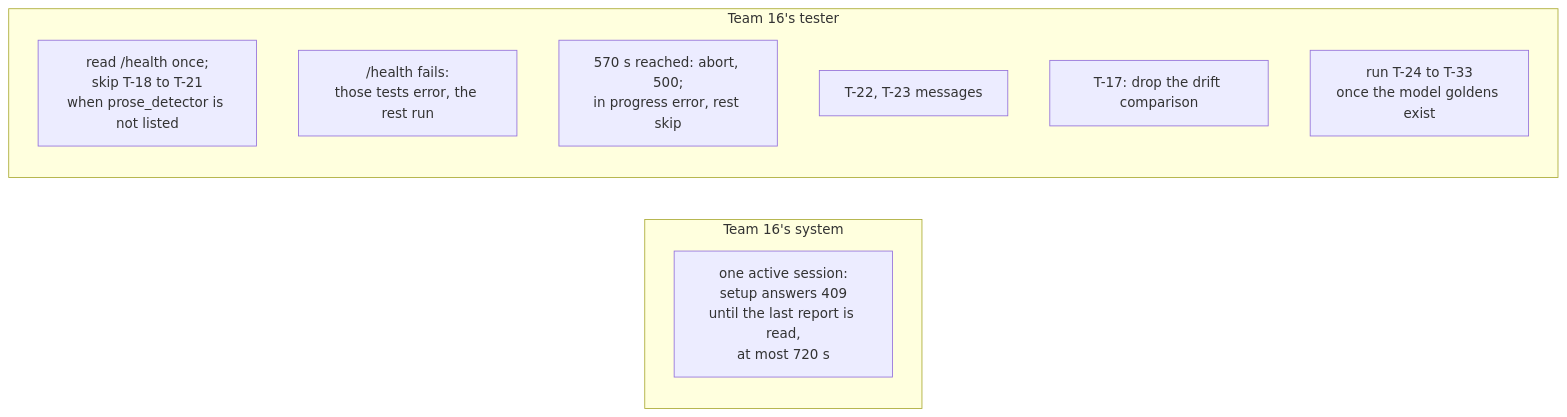
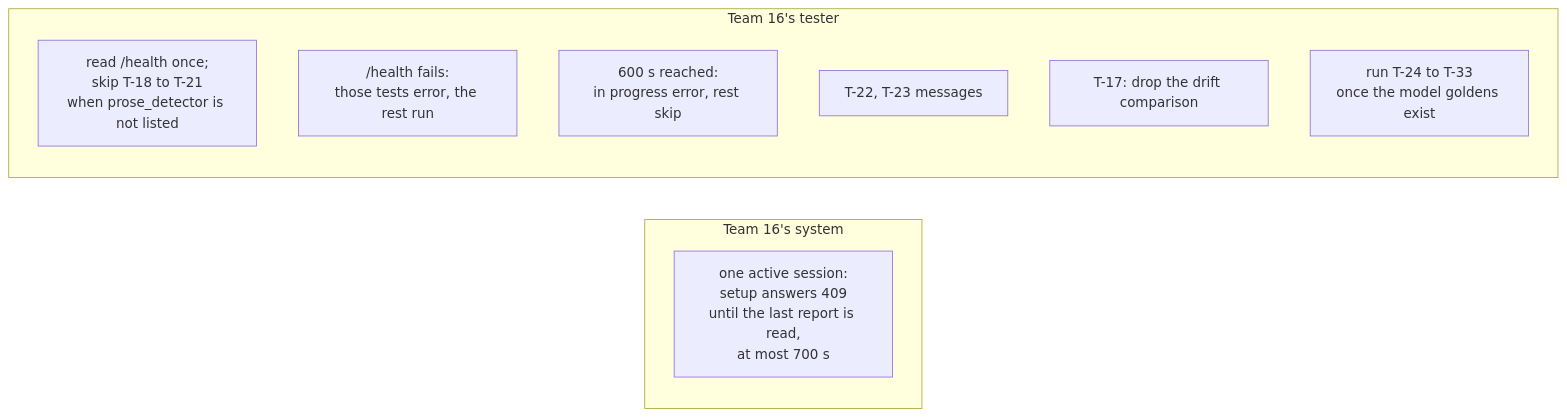
Before and after one commit to MuhammadSban/DocumentationModelDrifter: the third of 3 diagrams in docs/history/contract-2.4.0-changes.md, drawn with Mermaid. The commit also changed other lines of this file and 7 other files, not shown here.

````diff
--- a/docs/history/contract-2.4.0-changes.md
+++ b/docs/history/contract-2.4.0-changes.md
@@ -151,14 +139,14 @@
 ```mermaid
 flowchart LR
     subgraph S16["Team 16's system"]
-        N1["one active session:<br/>setup answers 409<br/>until the last report is read,<br/>at most 720 s"]
+        N1["one active session:<br/>setup answers 409<br/>until the last report is read,<br/>at most 700 s"]
     end
     subgraph T16["Team 16's tester"]
         R1["read /health once;<br/>skip T-18 to T-21<br/>when prose_detector is not listed"]
         R2["/health fails:<br/>those tests error, the rest run"]
-        R3["570 s reached: abort, 500;<br/>in progress error, rest skip"]
+        R3["600 s reached:<br/>in progress error, rest skip"]
         R4["T-22, T-23 messages"]
         R5["T-17: drop the drift comparison"]
         R6["run T-24 to T-33<br/>once the model goldens exist"]
     end
 ```
````
